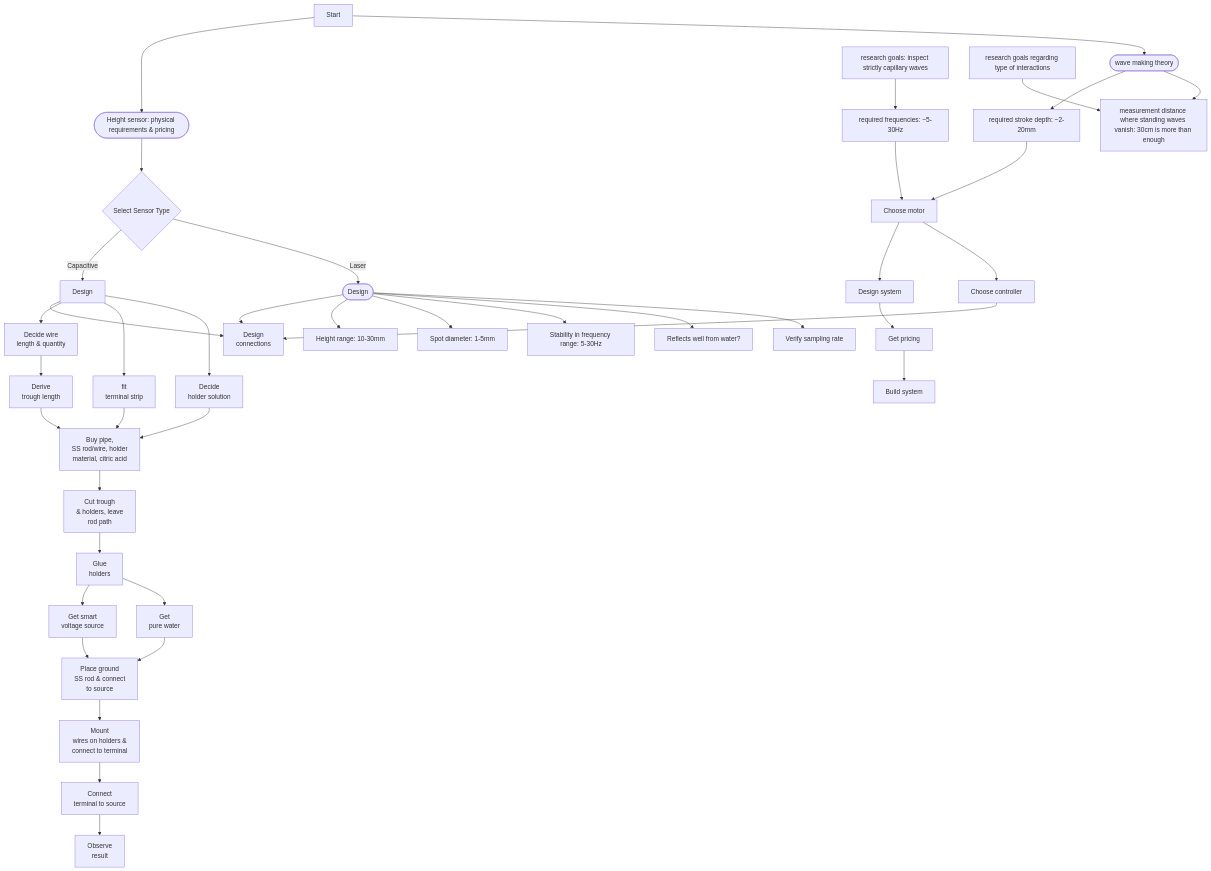
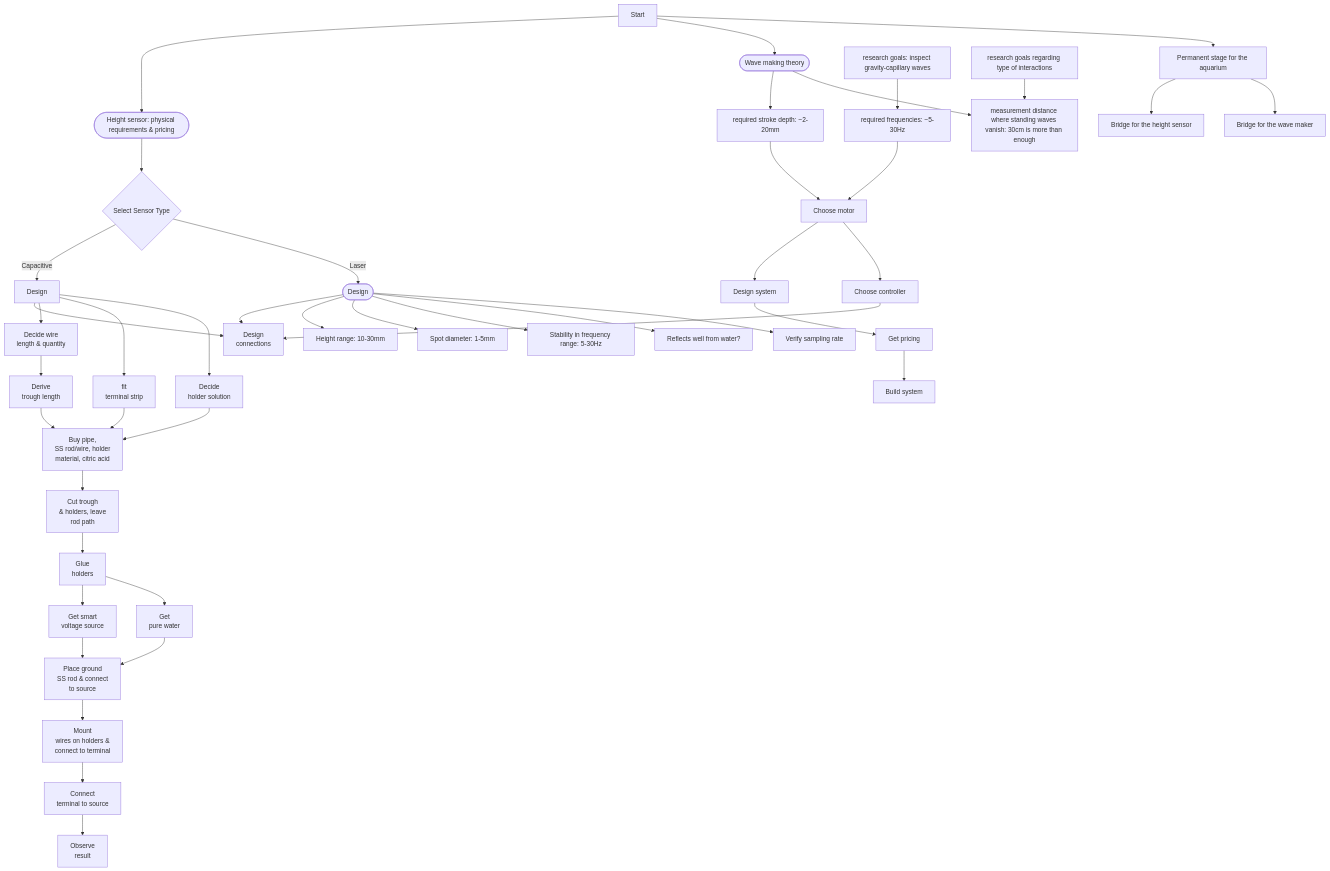
The diagram in Tasks.md (InbarMaimon/ProjectAquarium), drawn with Mermaid before and after one commit. The commit also changed other lines of this file and 19 other files, not shown here.

````diff
--- a/Tasks.md
+++ b/Tasks.md
@@ -48,59 +46,63 @@
 ```mermaid
 flowchart TD
     START[Start] --> HEIGHT([Height sensor: physical requirements & pricing])
-    START[Start] --> WM([wave making theory])
+    START[Start] --> WM_T([Wave making theory])
+    START[Start] --> STG[Permanent stage for the aquarium]
+
+    STG --> HB[Bridge for the height sensor]
+    STG --> WMB[Bridge for the wave maker]
 
     HEIGHT --> SENS_SEL{Select Sensor Type}
     
-    WM --> WM_SD[required stroke depth: ~2-20mm];
-    RG1[research goals: inspect strictly capillary waves] --> WM_GF[required frequencies: ~5-30Hz];
+    WM_T --> WM_SD[required stroke depth: ~2-20mm];
+    RG1[research goals: inspect gravity-capillary waves] --> WM_GF[required frequencies: ~5-30Hz];
     RG2[research goals regarding type of interactions] --> Meas_MD[measurement distance where standing waves vanish: 30cm is more than enough]
 
-    WM --> Meas_MD
+    WM_T --> Meas_MD
     WM_SD --> WM_CM[Choose motor];
     WM_GF --> WM_CM;
     WM_CM --> WM_F[Design system];
     WM_CM --> WM_C[Choose controller]
     WM_F --> WM_G[Get pricing];
     WM_G --> WM_H[Build system];
 
 
     SENS_SEL -->|Capacitive| CAP_DESIGN[Design]
     SENS_SEL -->|Laser| LASER([Design])
 
     CAP_DESIGN --> COMM_DES[Design<br/>connections]
     CAP_DESIGN --> CAP_LEN[Decide wire<br/>length & quantity]
     CAP_DESIGN --> ELEC_DES[fit<br/>terminal strip]
     CAP_DESIGN --> HOLD_SOL[Decide<br/>holder solution]
 
     WM_C --> COMM_DES[Design<br/>connections]
 
     CAP_LEN --> TROUGH_DER[Derive<br/>trough length]
     
     TROUGH_DER --> PROCURE[Buy pipe,<br/>SS rod/wire, holder<br/>material, citric acid]
     ELEC_DES --> PROCURE
     HOLD_SOL --> PROCURE
     
     PROCURE --> CUT_PARTS[Cut trough<br/>& holders, leave<br/>rod path]
     
     CUT_PARTS --> GLUE_HOLD[Glue<br/>holders]
     
     GLUE_HOLD --> GET_VSRC[Get smart<br/>voltage source]
     GLUE_HOLD --> GET_H2O[Get<br/>pure water]
     
     GET_VSRC --> GND_ROD[Place ground<br/>SS rod & connect<br/>to source]
     GET_H2O --> GND_ROD
     
     GND_ROD --> WIRE_MOUNT[Mount<br/>wires on holders &<br/>connect to terminal]
     
     WIRE_MOUNT --> TERM_CONN[Connect<br/>terminal to source]
     
     TERM_CONN --> OBSERVE[Observe<br/>result]
 
     LASER --> COMM_DES
     LASER --> RANGE[Height range: 10-30mm]
     LASER --> SPOT[Spot diameter: 1-5mm]
     LASER --> VIB_RES[Stability in frequency range: 5-30Hz]
     LASER --> TRANS[Reflects well from water?]
     LASER --> SAMP[Verify sampling rate]
 ```
````
